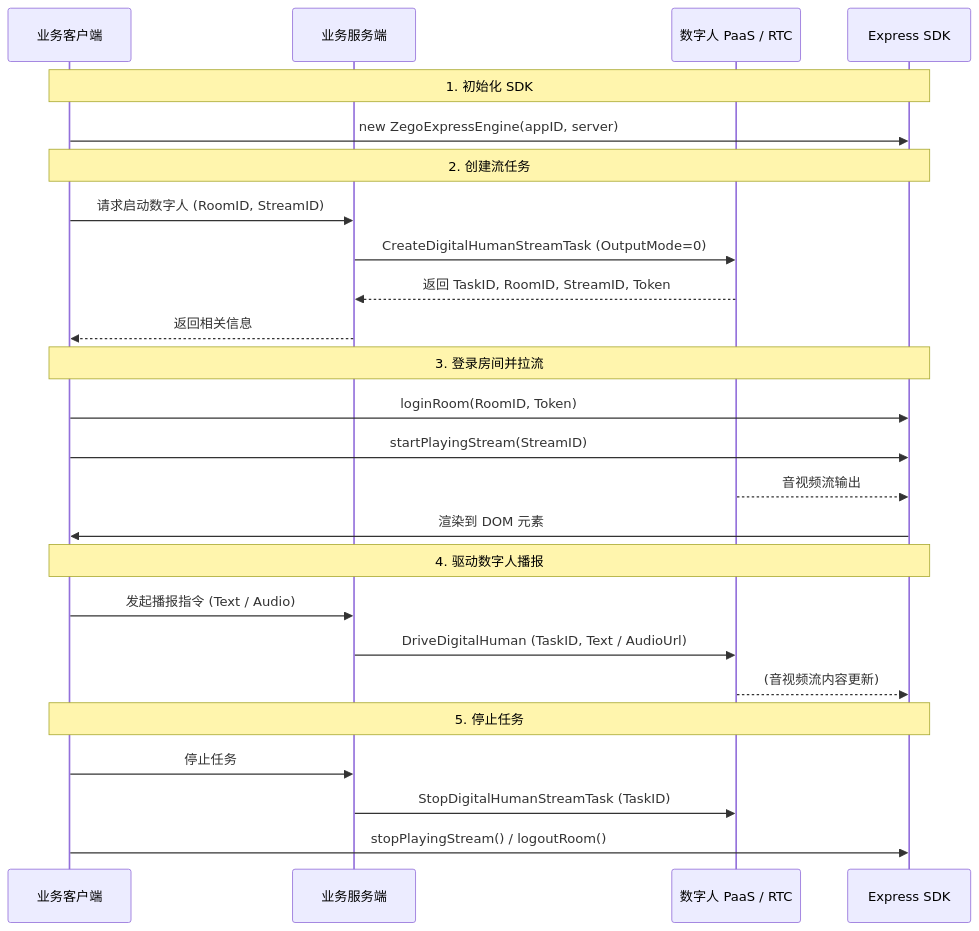
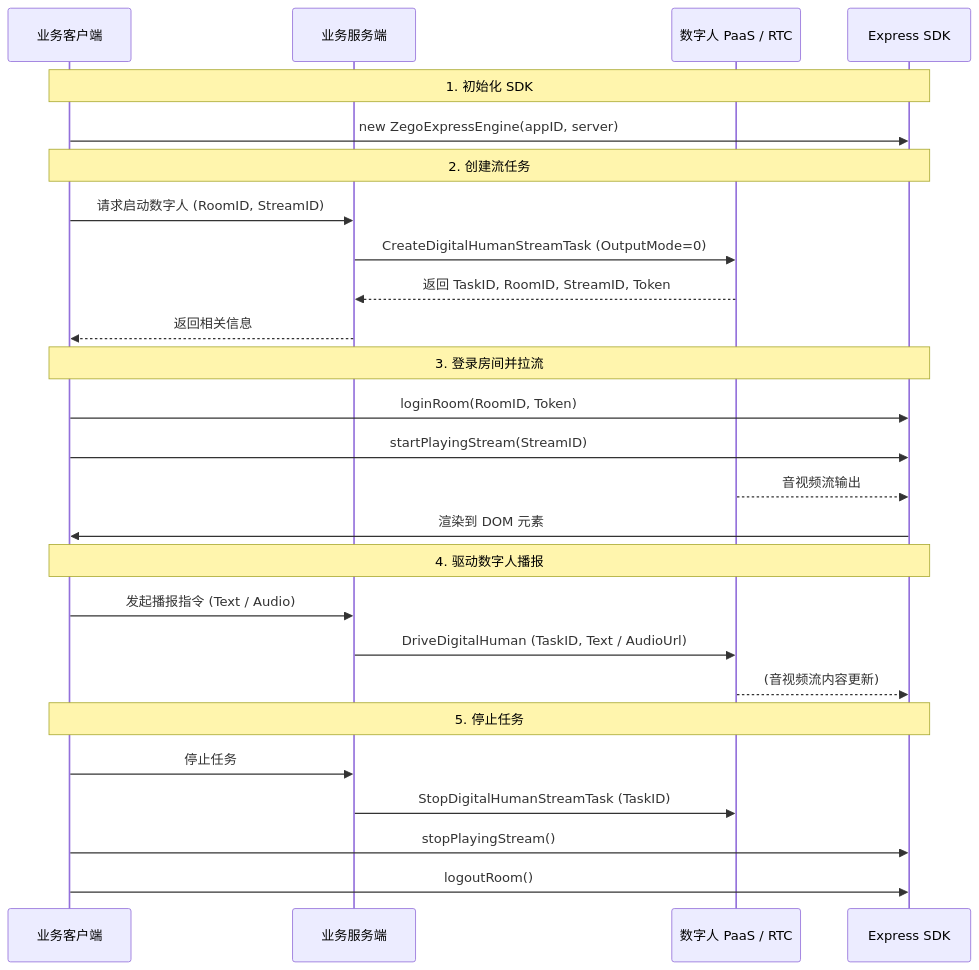
The third of 3 diagrams in core_products/digital-human/zh/android/quick-start.mdx (ZEGOCLOUD/docs_all), drawn with Mermaid before and after one commit. The commit also changed other lines of this file, not shown here.

Commit message:
Refactor digital human SDK quick start documentation for Android to utilize Express SDK methods for engine creation, room login, and stream management, enhancing clarity and consistency in the integration process.

````diff
--- a/core_products/digital-human/zh/android/quick-start.mdx
+++ b/core_products/digital-human/zh/android/quick-start.mdx
@@ -166,32 +172,33 @@
 ```mermaid
 sequenceDiagram
     participant Client as 业务客户端
     participant Server as 业务服务端
     participant PaaS as 数字人 PaaS / RTC
     participant Express as Express SDK
 
     Note over Client, Express: 1. 初始化 SDK
     Client->>Express: new ZegoExpressEngine(appID, server)
 
     Note over Client, Express: 2. 创建流任务
     Client->>Server: 请求启动数字人 (RoomID, StreamID)
     Server->>PaaS: CreateDigitalHumanStreamTask (OutputMode=0)
     PaaS-->>Server: 返回 TaskID, RoomID, StreamID, Token
     Server-->>Client: 返回相关信息
 
     Note over Client, Express: 3. 登录房间并拉流
     Client->>Express: loginRoom(RoomID, Token)
     Client->>Express: startPlayingStream(StreamID)
     PaaS-->>Express: 音视频流输出
     Express->>Client: 渲染到 DOM 元素
 
     Note over Client, Express: 4. 驱动数字人播报
     Client->>Server: 发起播报指令 (Text / Audio)
     Server->>PaaS: DriveDigitalHuman (TaskID, Text / AudioUrl)
     PaaS-->>Express: (音视频流内容更新)
 
     Note over Client, Express: 5. 停止任务
     Client->>Server: 停止任务
     Server->>PaaS: StopDigitalHumanStreamTask (TaskID)
-    Client->>Express: stopPlayingStream() / logoutRoom()
+    Client->>Express: stopPlayingStream()
+    Client->>Express: logoutRoom()
 ```
````
